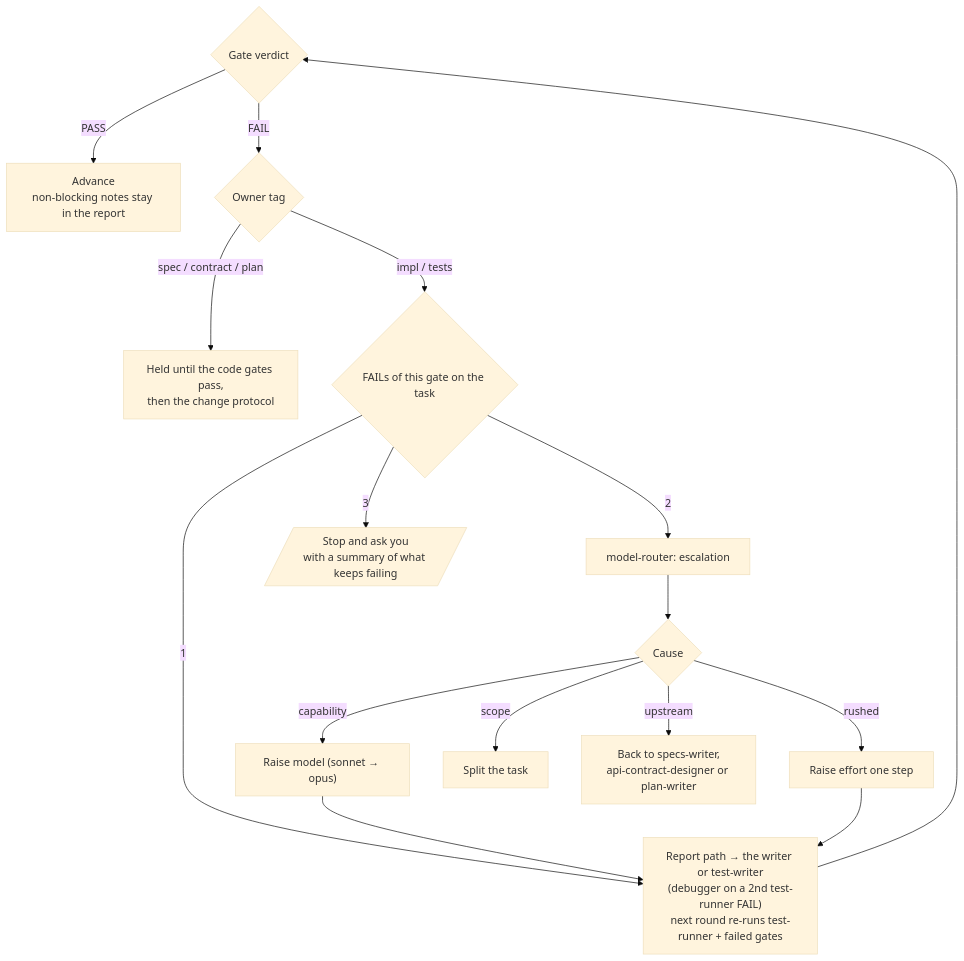
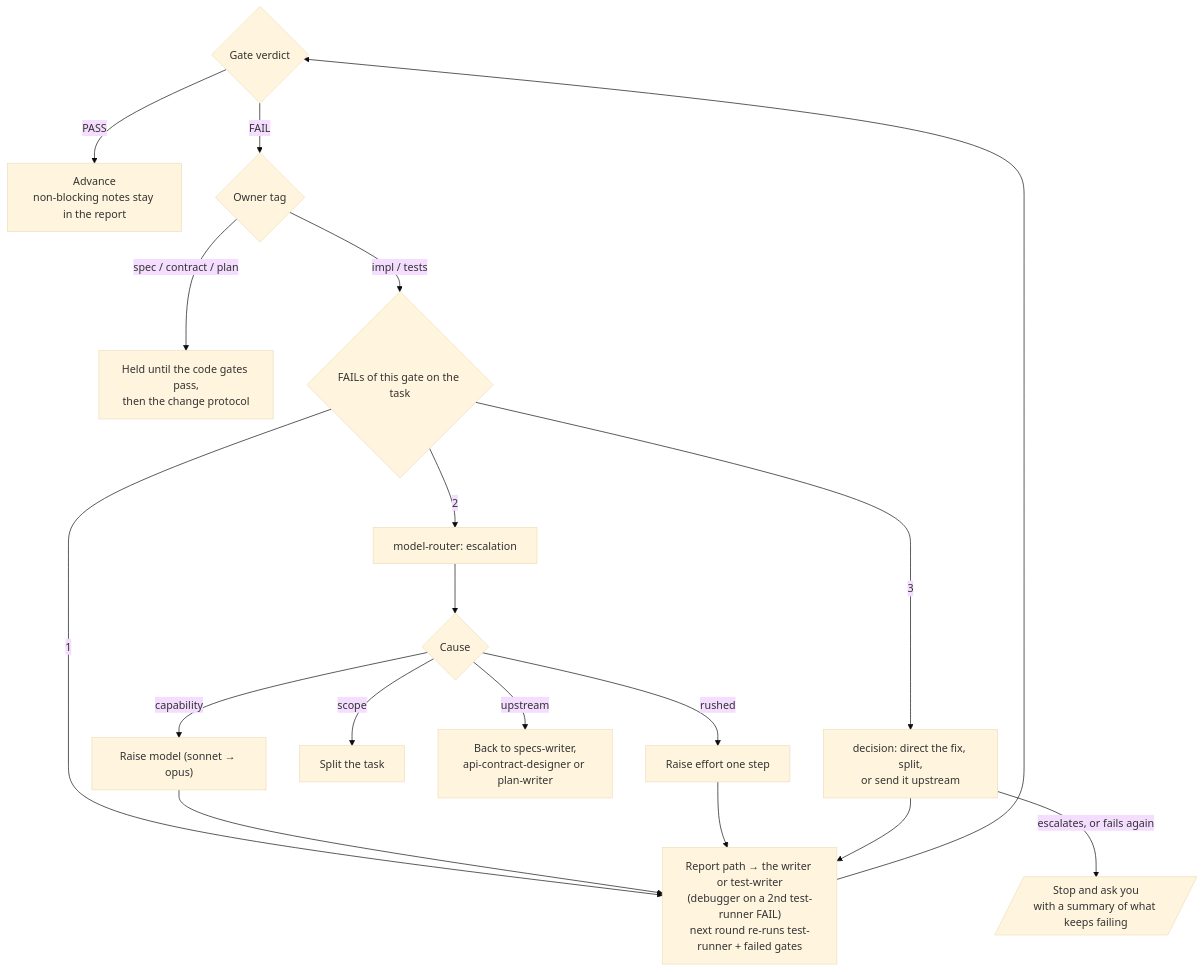
The second of 3 diagrams in README.md (kazax-inc/claude-factory), drawn with Mermaid (base theme) before and after one commit. The commit also changed other lines of this file and 25 other files, not shown here.

````diff
--- a/README.md
+++ b/README.md
@@ -217,15 +237,16 @@
 ```mermaid
 flowchart TD
     G{"Gate verdict"} -- PASS --> ADV["Advance<br/>non-blocking notes stay in the report"]
     G -- FAIL --> T{"Owner tag"}
     T -- "spec / contract / plan" --> HOLD["Held until the code gates pass,<br/>then the change protocol"]
     T -- "impl / tests" --> N{"FAILs of this gate on the task"}
     N -- "1" --> FIX["Report path → the writer or test-writer<br/>(debugger on a 2nd test-runner FAIL)<br/>next round re-runs test-runner + failed gates"] --> G
     N -- "2" --> ESC["model-router: escalation"]
     ESC --> WHERE{"Cause"}
     WHERE -- capability --> MODEL["Raise model (sonnet → opus)"] --> FIX
     WHERE -- rushed --> EFFORT["Raise effort one step"] --> FIX
     WHERE -- scope --> SPLIT["Split the task"]
     WHERE -- upstream --> UP["Back to specs-writer,<br/>api-contract-designer or plan-writer"]
-    N -- "3" --> ASK[/"Stop and ask you<br/>with a summary of what keeps failing"/]
+    N -- "3" --> RULE["decision: direct the fix, split,<br/>or send it upstream"] --> FIX
+    RULE -- "escalates, or fails again" --> ASK[/"Stop and ask you<br/>with a summary of what keeps failing"/]
 ```
````
